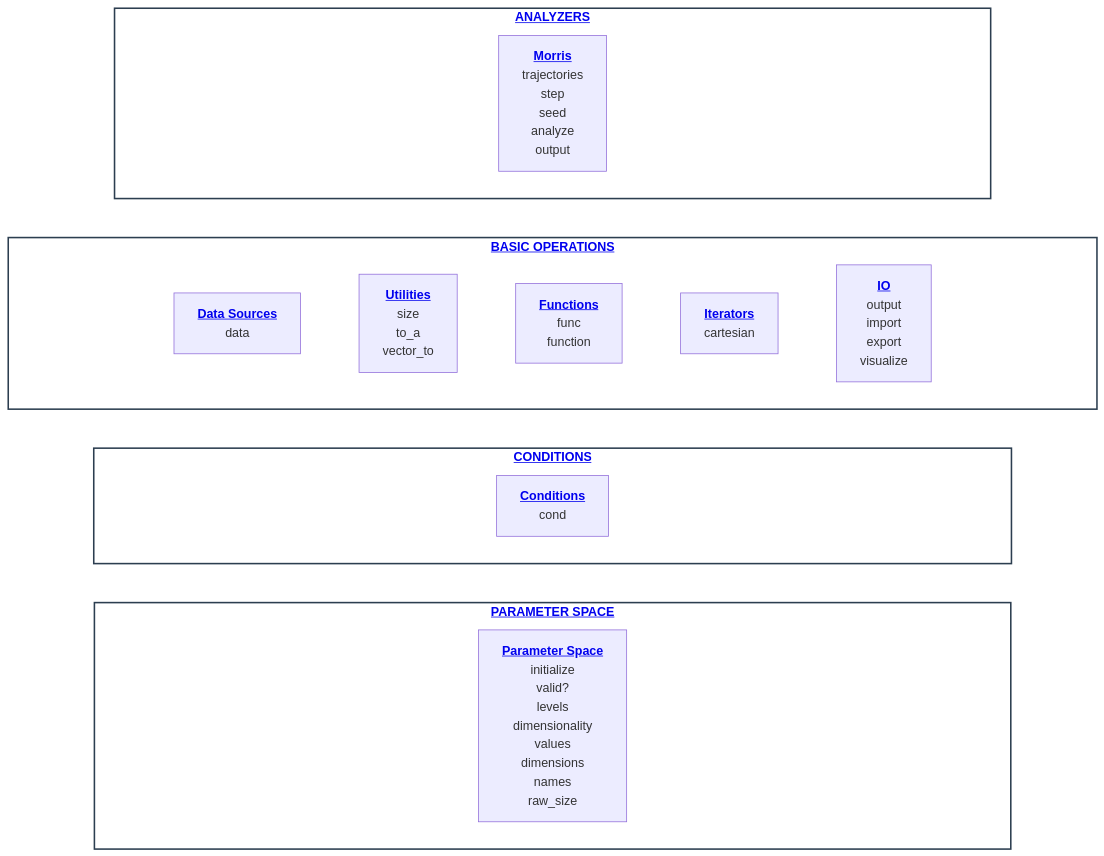
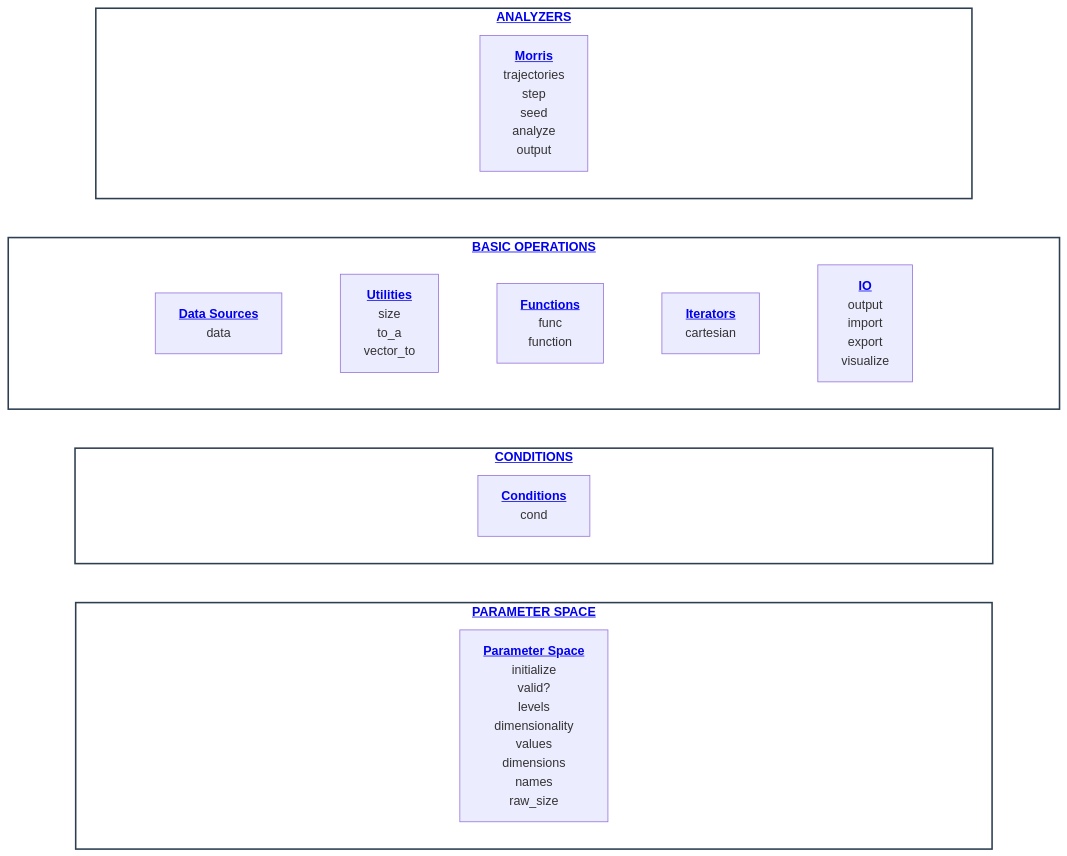
One commit to Yuri-Rassokhin/flex-cartesian changed the diagram in docs/api/api.md. Above: the diagram before and after it, drawn with Mermaid.

Commit message:
updated: README

````diff
--- a/docs/api/api.md
+++ b/docs/api/api.md
@@ -6,31 +6,31 @@
 ```mermaid
 flowchart TB
     classDef layer fill:#ffffff,stroke:#2c3e50,stroke-width:2px;
     classDef ghost fill:transparent,stroke:transparent,color:transparent;
 
     subgraph Analyzers ["<a href='https://github.com/Yuri-Rassokhin/flex-cartesian/blob/main/docs/api/api.md#analyzers'><b>ANALYZERS</b></a>"]
         direction LR
         gA1["xxxxxxxxxxxxxxxxxxxxxxxxxxxxxxxxxxxxxxxx"]:::ghost ~~~ M["<a href='https://github.com/Yuri-Rassokhin/flex-cartesian/blob/main/docs/api/api.md#morris-analyzer'><b>Morris</b></a><br/>trajectories<br/>step<br/>seed<br/>analyze<br/>output"] ~~~ gA2["xxxxxxxxxxxxxxxxxxxxxxxxxxxxxxxxxxxxxxxx"]:::ghost
     end
 
     subgraph Core ["<a href='https://github.com/Yuri-Rassokhin/flex-cartesian/blob/main/docs/api/api.md#basic-operations'><b>BASIC OPERATIONS</b></a>"]
         direction LR
-        gD1["xxxxx"]:::ghost ~~~ DS["<a href='https://github.com/Yuri-Rassokhin/flex-cartesian/blob/main/docs/api/api.md#data-sources'><b>Data Sources</b></a><br/>data"] ~~~ UT["<a href='https://github.com/Yuri-Rassokhin/flex-cartesian/blob/main/docs/api/api.md#utilities'><b>Utilities</b></a><br/>size<br/>to_a<br/>vector_to"] ~~~ FN["<a href='https://github.com/Yuri-Rassokhin/flex-cartesian/blob/main/docs/api/api.md#functions'><b>Functions</b></a><br/>func<br/>function"] ~~~ IT["<a href='https://github.com/Yuri-Rassokhin/flex-cartesian/blob/main/docs/api/api.md#iterators'><b>Iterators</b></a><br/>cartesian"] ~~~ IO["<a href='https://github.com/Yuri-Rassokhin/flex-cartesian/blob/main/docs/api/api.md#io'><b>IO</b></a><br/>output<br/>import<br/>export<br/>visualize"] ~~~ gD2["xxxxx"]:::ghost
+        gD1["xx"]:::ghost ~~~ DS["<a href='https://github.com/Yuri-Rassokhin/flex-cartesian/blob/main/docs/api/api.md#data-sources'><b>Data Sources</b></a><br/>data"] ~~~ UT["<a href='https://github.com/Yuri-Rassokhin/flex-cartesian/blob/main/docs/api/api.md#utilities'><b>Utilities</b></a><br/>size<br/>to_a<br/>vector_to"] ~~~ FN["<a href='https://github.com/Yuri-Rassokhin/flex-cartesian/blob/main/docs/api/api.md#functions'><b>Functions</b></a><br/>func<br/>function"] ~~~ IT["<a href='https://github.com/Yuri-Rassokhin/flex-cartesian/blob/main/docs/api/api.md#iterators'><b>Iterators</b></a><br/>cartesian"] ~~~ IO["<a href='https://github.com/Yuri-Rassokhin/flex-cartesian/blob/main/docs/api/api.md#io'><b>IO</b></a><br/>output<br/>import<br/>export<br/>visualize"] ~~~ gD2["xx"]:::ghost
     end
 
     subgraph Cond ["<a href='https://github.com/Yuri-Rassokhin/flex-cartesian/blob/main/docs/api/api.md#conditions'><b>CONDITIONS</b></a>"]
         direction LR
         gC1["xxxxxxxxxxxxxxxxxxxxxxxxxxxxxxxxxxxxxxxxxxx"]:::ghost ~~~ C["<a href='https://github.com/Yuri-Rassokhin/flex-cartesian/blob/main/docs/api/api.md#conditions'><b>Conditions</b></a><br/>cond"] ~~~ gC2["xxxxxxxxxxxxxxxxxxxxxxxxxxxxxxxxxxxxxxxxxxx"]:::ghost
     end
 
     subgraph Params ["<a href='https://github.com/Yuri-Rassokhin/flex-cartesian/blob/main/docs/api/api.md#parameter-space'><b>PARAMETER SPACE</b></a>"]
         direction LR
         gP1["xxxxxxxxxxxxxxxxxxxxxxxxxxxxxxxxxxxxxxxx"]:::ghost ~~~ PS["<a href='https://github.com/Yuri-Rassokhin/flex-cartesian/blob/main/docs/api/api.md#parameter-space'><b>Parameter Space</b></a><br/>initialize<br/>valid?<br/>levels<br/>dimensionality<br/>values<br/>dimensions<br/>names<br/>raw_size"] ~~~ gP2["xxxxxxxxxxxxxxxxxxxxxxxxxxxxxxxxxxxxxxxx"]:::ghost
     end
 
     Analyzers ~~~ Core
     Core ~~~ Cond
     Cond ~~~ Params
 
     class Analyzers,Core,Cond,Params layer;
 ```
````
